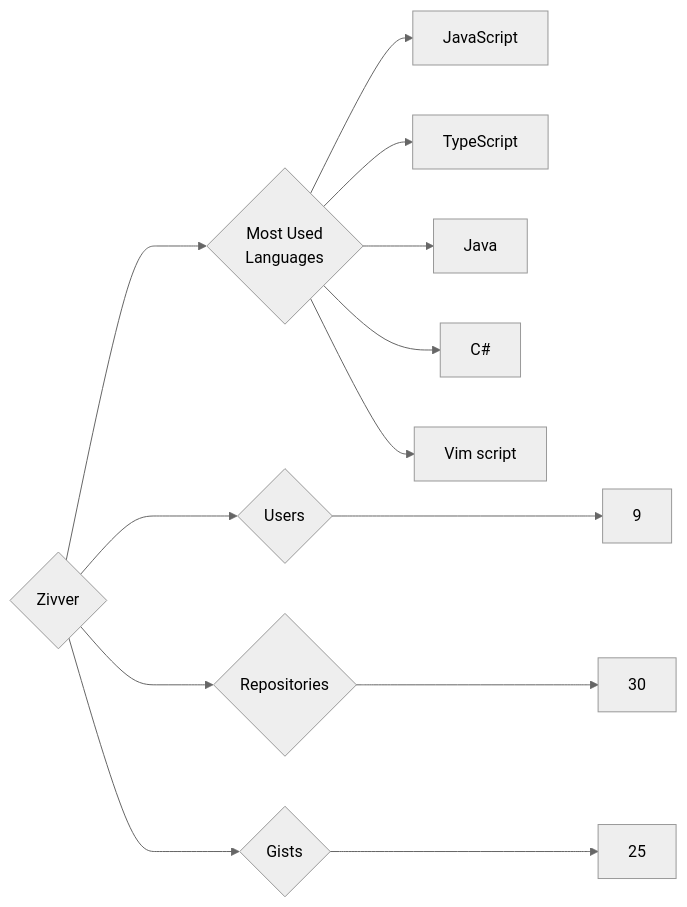
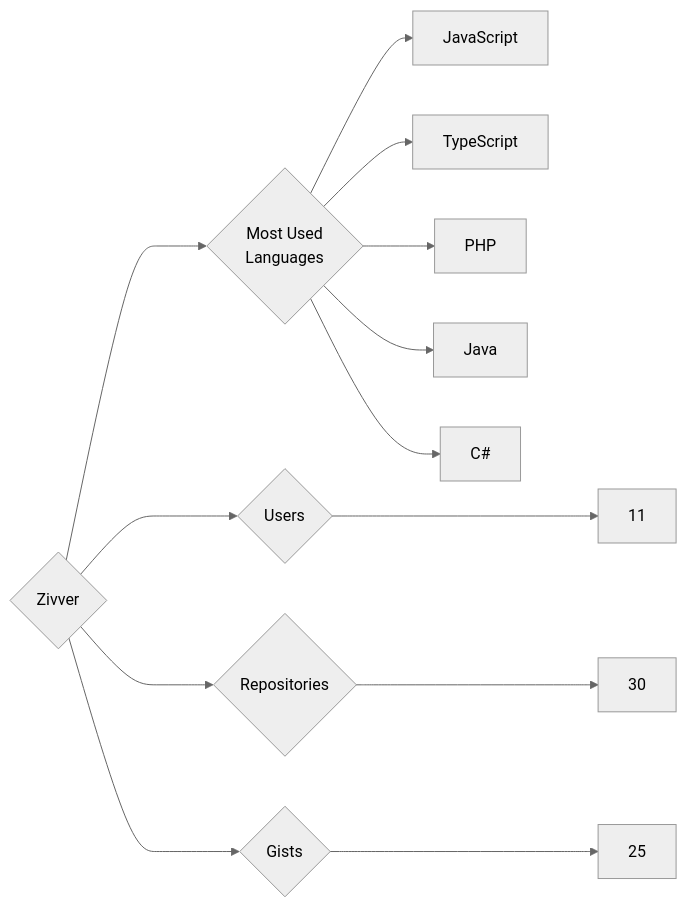
The diagram in targets/Zivver/README.md (trickest/insiders), drawn with Mermaid (neutral theme) before and after one commit. The commit also changed 799 other files, not shown here.

````diff
--- a/targets/Zivver/README.md
+++ b/targets/Zivver/README.md
@@ -3,13 +3,13 @@
 ```mermaid
 graph LR
 COMPANY_NAME{Zivver}
-COMPANY_NAME ---> U{Users} ---> UN[9]
+COMPANY_NAME ---> U{Users} ---> UN[11]
 COMPANY_NAME ---> R{Repositories} ---> RN[30]
 COMPANY_NAME ---> G{Gists} ---> GN[25]
 COMPANY_NAME ---> ML{Most Used<br>Languages}
 ML --> JavaScript[JavaScript]
 ML --> TypeScript[TypeScript]
+ML --> PHP[PHP]
 ML --> Java[Java]
 ML --> C#[C#]
-ML --> Vim_script[Vim script]
 ```
````
